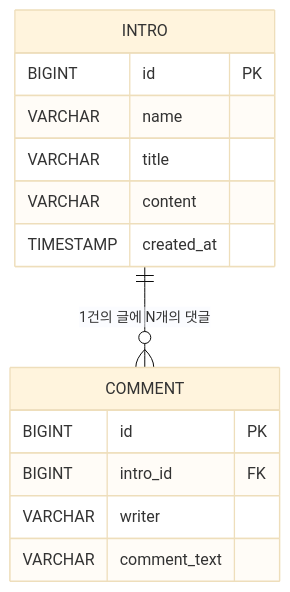
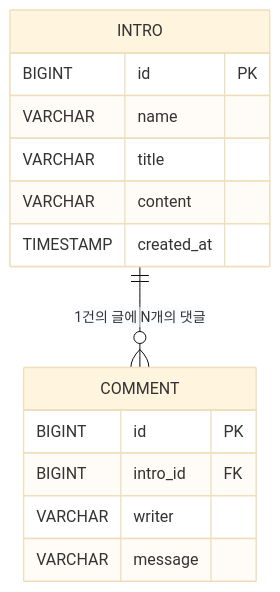
Before and after one commit to Vailish/intern-web-training: the second of 2 diagrams in 03_Database/01_데이터베이스_기본개념.md, drawn with Mermaid (base theme). The commit also changed other lines of this file and 1 other file, not shown here.

````diff
--- a/03_Database/01_데이터베이스_기본개념.md
+++ b/03_Database/01_데이터베이스_기본개념.md
@@ -132,17 +132,17 @@
 ```mermaid
 erDiagram
     INTRO ||--o{ COMMENT : "1건의 글에 N개의 댓글"
     INTRO {
         BIGINT id PK
         VARCHAR name
         VARCHAR title
         VARCHAR content
         TIMESTAMP created_at
     }
     COMMENT {
         BIGINT id PK
         BIGINT intro_id FK
         VARCHAR writer
-        VARCHAR comment_text
+        VARCHAR message
     }
 ```
````
